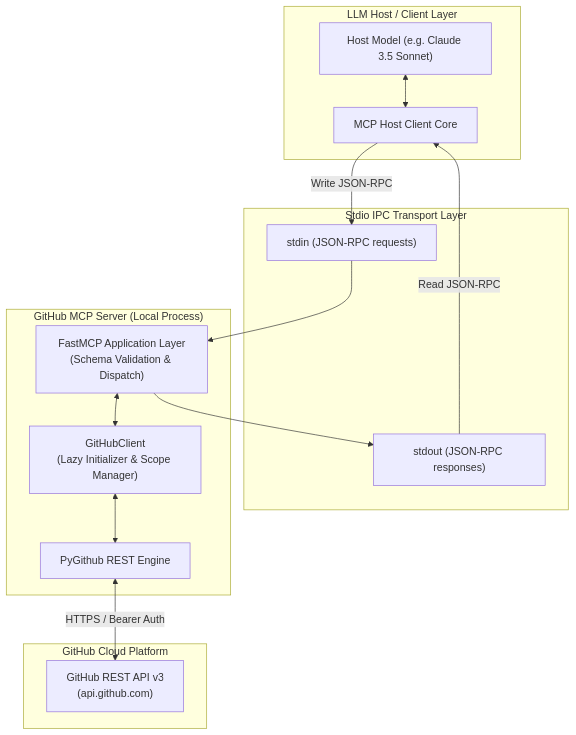
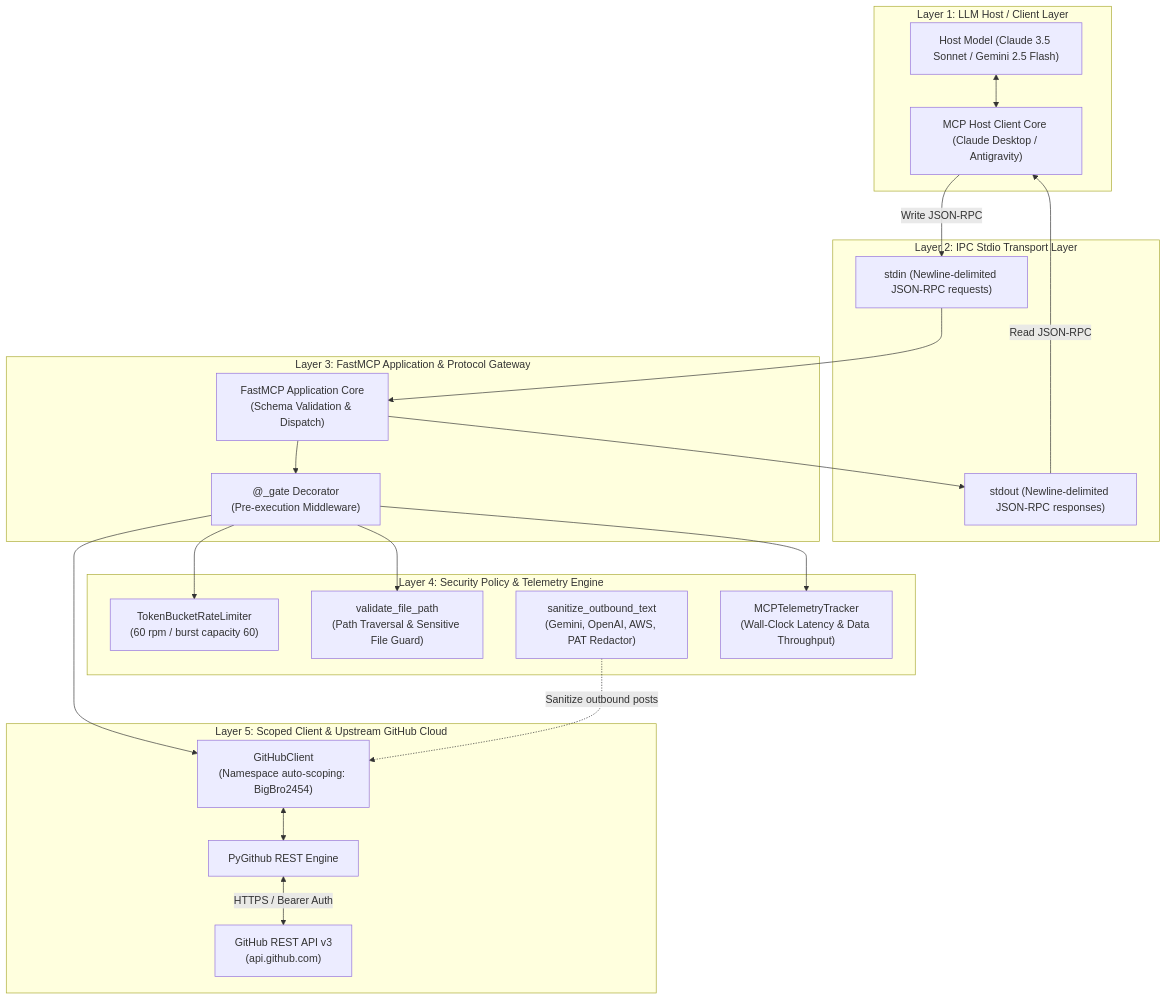
Before and after one commit to BigBro2454/github-mcp-server: the first of 2 diagrams in README.md, drawn with Mermaid. The commit also changed other lines of this file and 10 other files, not shown here.

First line of the commit message:
feat: implement security guardrails, repo health audit, and telemetry dashboard

````diff
--- a/README.md
+++ b/README.md
@@ -40,31 +48,44 @@
 ```mermaid
 flowchart TD
-    subgraph Host ["LLM Host / Client Layer"]
-        LLM["Host Model (e.g. Claude 3.5 Sonnet)"]
-        ClientCore["MCP Host Client Core"]
+    subgraph Host ["Layer 1: LLM Host / Client Layer"]
+        LLM["Host Model (Claude 3.5 Sonnet / Gemini 2.5 Flash)"]
+        ClientCore["MCP Host Client Core (Claude Desktop / Antigravity)"]
         LLM <--> ClientCore
     end
 
-    subgraph Transport ["Stdio IPC Transport Layer"]
-        StdinPipe["stdin (JSON-RPC requests)"]
-        StdoutPipe["stdout (JSON-RPC responses)"]
+    subgraph Transport ["Layer 2: IPC Stdio Transport Layer"]
+        StdinPipe["stdin (Newline-delimited JSON-RPC requests)"]
+        StdoutPipe["stdout (Newline-delimited JSON-RPC responses)"]
     end
 
-    subgraph Server ["GitHub MCP Server (Local Process)"]
-        FastMCPApp["FastMCP Application Layer\n(Schema Validation & Dispatch)"]
-        ClientWrapper["GitHubClient\n(Lazy Initializer & Scope Manager)"]
-        PyGithubCore["PyGithub REST Engine"]
-        FastMCPApp <--> ClientWrapper
-        ClientWrapper <--> PyGithubCore
+    subgraph ServerApp ["Layer 3: FastMCP Application & Protocol Gateway"]
+        FastMCPApp["FastMCP Application Core\n(Schema Validation & Dispatch)"]
+        GateDecorator["@_gate Decorator\n(Pre-execution Middleware)"]
     end
 
-    subgraph GitHubCloud ["GitHub Cloud Platform"]
+    subgraph PolicyGate ["Layer 4: Security Policy & Telemetry Engine"]
+        TokenBucket["TokenBucketRateLimiter\n(60 rpm / burst capacity 60)"]
+        PathValidator["validate_file_path\n(Path Traversal & Sensitive File Guard)"]
+        SecretSanitizer["sanitize_outbound_text\n(Gemini, OpenAI, AWS, PAT Redactor)"]
+        Profiler["MCPTelemetryTracker\n(Wall-Clock Latency & Data Throughput)"]
+    end
+
+    subgraph Upstream ["Layer 5: Scoped Client & Upstream GitHub Cloud"]
+        ClientWrapper["GitHubClient\n(Namespace auto-scoping: BigBro2454)"]
+        PyGithubCore["PyGithub REST Engine"]
         GitHubAPI["GitHub REST API v3\n(api.github.com)"]
+        ClientWrapper <--> PyGithubCore
         PyGithubCore <-->|HTTPS / Bearer Auth| GitHubAPI
     end
 
     ClientCore -->|Write JSON-RPC| StdinPipe
     StdinPipe --> FastMCPApp
+    FastMCPApp --> GateDecorator
+    GateDecorator --> TokenBucket
+    GateDecorator --> PathValidator
+    GateDecorator --> Profiler
+    GateDecorator --> ClientWrapper
+    SecretSanitizer -.->|Sanitize outbound posts| ClientWrapper
     FastMCPApp --> StdoutPipe
     StdoutPipe -->|Read JSON-RPC| ClientCore
 ```
````
